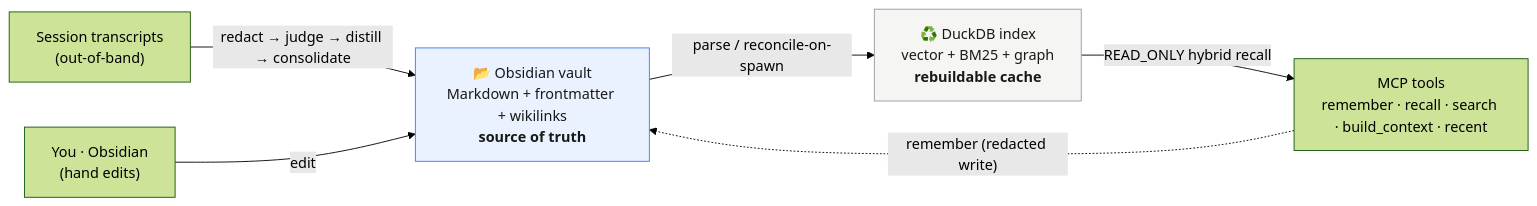
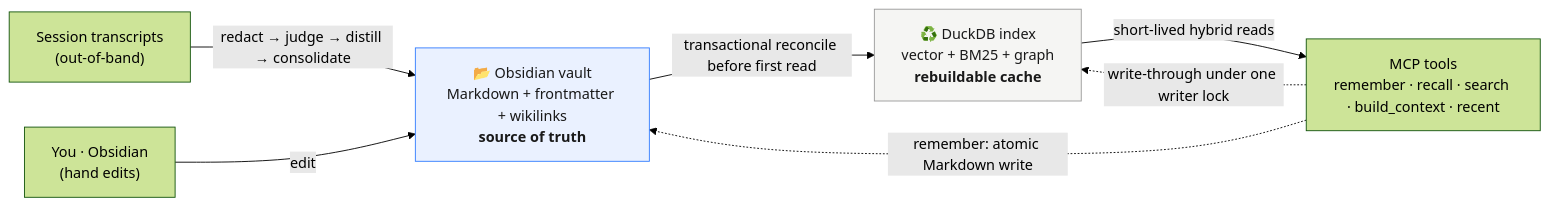
Before and after one commit to ccf/agentcairn: the diagram in README.md, drawn with Mermaid (forest theme). The commit also changed other lines of this file and 66 other files, not shown here.

````diff
--- a/README.md
+++ b/README.md
@@ -64,19 +70,20 @@
 ```mermaid
 flowchart LR
     T["Session transcripts<br/>(out-of-band)"]
     H["You · Obsidian<br/>(hand edits)"]
     V["📂 Obsidian vault<br/>Markdown + frontmatter + wikilinks<br/><b>source of truth</b>"]
     I["♻️ DuckDB index<br/>vector + BM25 + graph<br/><b>rebuildable cache</b>"]
     M["MCP tools<br/>remember · recall · search · build_context · recent"]
 
     T -- "redact → judge → distill → consolidate" --> V
     H -- "edit" --> V
-    V -- "parse / reconcile-on-spawn" --> I
-    I -- "READ_ONLY hybrid recall" --> M
-    M -. "remember (redacted write)" .-> V
+    V -- "transactional reconcile before first read" --> I
+    I -- "short-lived hybrid reads" --> M
+    M -. "remember: atomic Markdown write" .-> V
+    M -. "write-through under one writer lock" .-> I
 
     classDef truth fill:#eaf1ff,stroke:#317cff,color:#191919;
     classDef cache fill:#f5f5f3,stroke:#999999,color:#191919;
     class V truth
     class I cache
 ```
````
